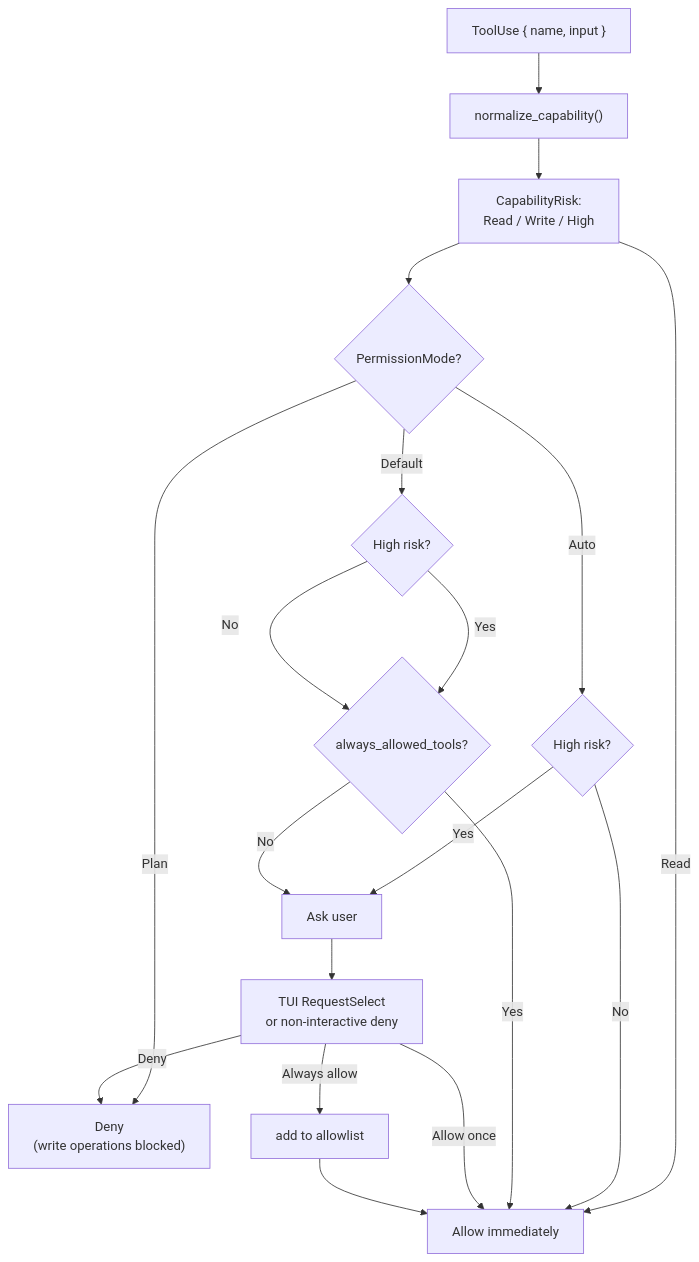
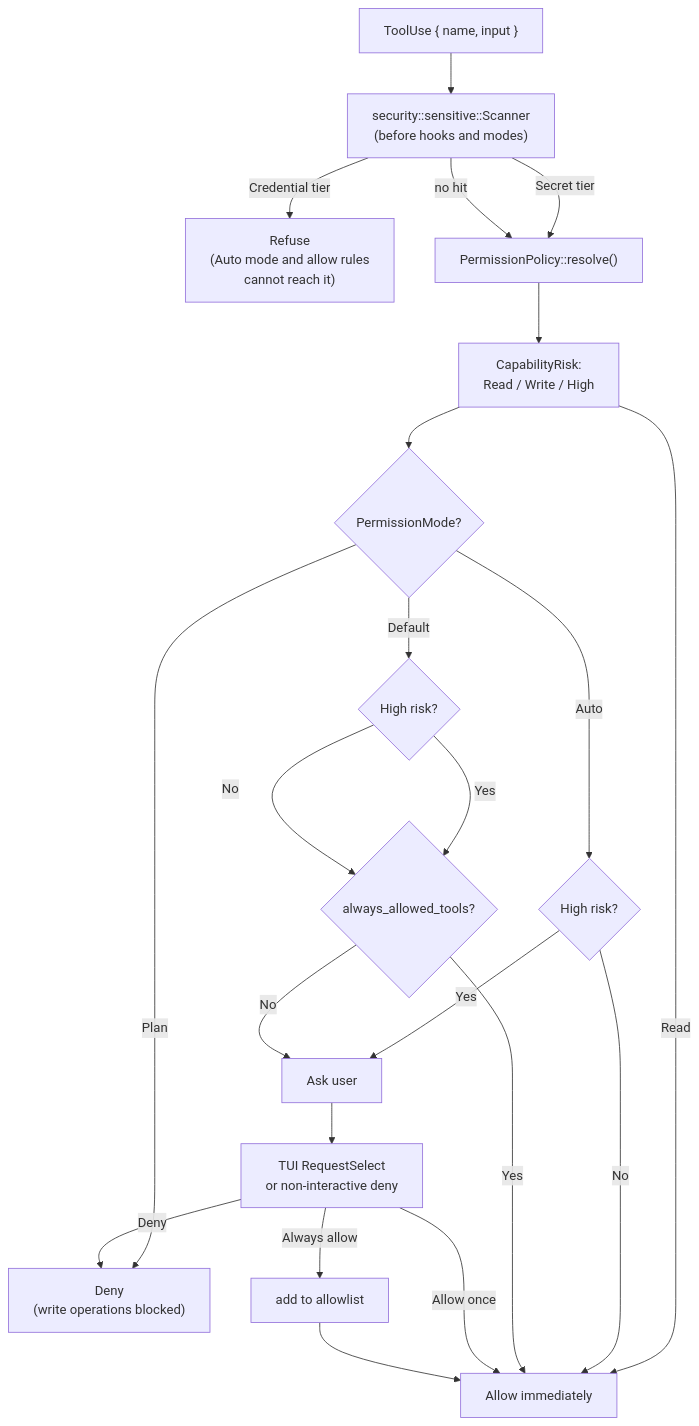
One commit to rust-infra/tact changed the fourth of 10 diagrams in ARCHITECTURE.md. Above: the diagram before and after it, drawn with Mermaid. The commit also changed other lines of this file and 5 other files, not shown here.

First line of the commit message:
docs(security): Ch 10 gains the guard and the redaction pass

````diff
--- a/ARCHITECTURE.md
+++ b/ARCHITECTURE.md
@@ -233,27 +233,31 @@
 ```mermaid
 flowchart TD
-    ToolCall["ToolUse { name, input }"] --> Normalize["normalize_capability()"]
-    Normalize --> Risk["CapabilityRisk:<br/>Read / Write / High"]
+    ToolCall["ToolUse { name, input }"] --> Guard["security::sensitive::Scanner<br/>(before hooks and modes)"]
+    Guard -- "Credential tier" --> Refuse["Refuse<br/>(Auto mode and allow rules<br/>cannot reach it)"]
+    Guard -- "Secret tier" --> Normalize
+    Guard -- "no hit" --> Normalize
+
+    Normalize["PermissionPolicy::resolve()"] --> Risk["CapabilityRisk:<br/>Read / Write / High"]
 
     Risk -- Read --> Allow["Allow immediately"]
     Risk --> Mode{"PermissionMode?"}
 
     Mode -- Plan --> Deny["Deny<br/>(write operations blocked)"]
     Mode -- Auto --> AutoCheck{"High risk?"}
     Mode -- Default --> DefaultCheck{"High risk?"}
 
     AutoCheck -- Yes --> Ask["Ask user"]
     AutoCheck -- No --> Allow
 
     DefaultCheck -- Yes --> AlwaysAllowed{"always_allowed_tools?"}
     DefaultCheck -- No --> AlwaysAllowed
 
     AlwaysAllowed -- Yes --> Allow
     AlwaysAllowed -- No --> Ask
 
     Ask --> UserChoice["TUI RequestSelect<br/>or non-interactive deny"]
     UserChoice -- Allow once --> Allow
     UserChoice -- Always allow --> Update["add to allowlist"]
     Update --> Allow
     UserChoice -- Deny --> Deny
 ```
````
